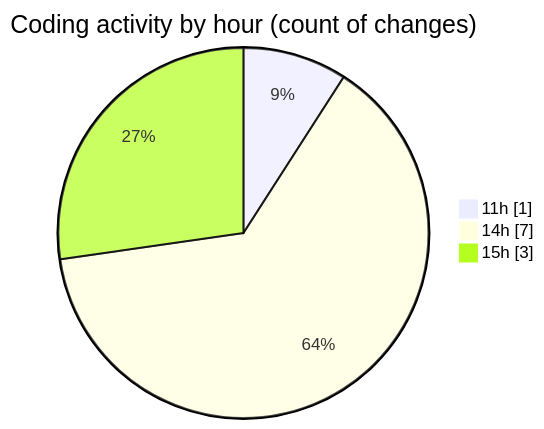
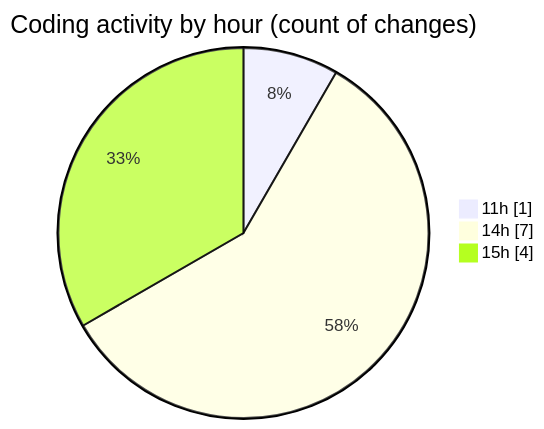
One commit to debugP/code-tracking changed the second of 2 diagrams in 2025-10-23/untitled__workspace_/README.md. Above: the diagram before and after it, drawn with Mermaid. The commit also changed other lines of this file and 1 other file, not shown here.

````diff
--- a/2025-10-23/untitled__workspace_/README.md
+++ b/2025-10-23/untitled__workspace_/README.md
@@ -31,7 +33,7 @@
 ```mermaid
 pie showData
 title Coding activity by hour (count of changes)
 "11h" : 1
 "14h" : 7
-"15h" : 3
+"15h" : 4
 ```
````
